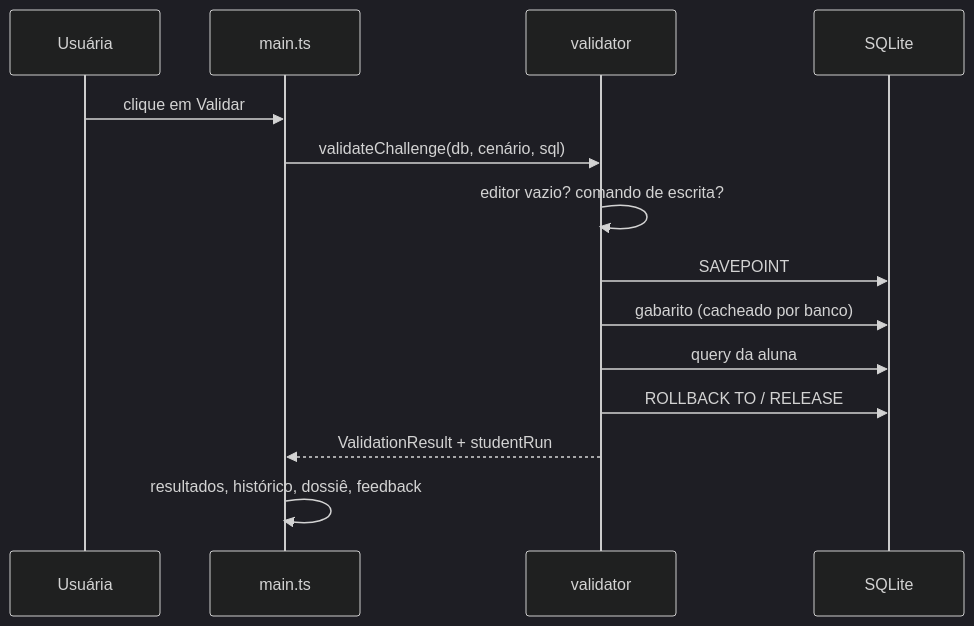
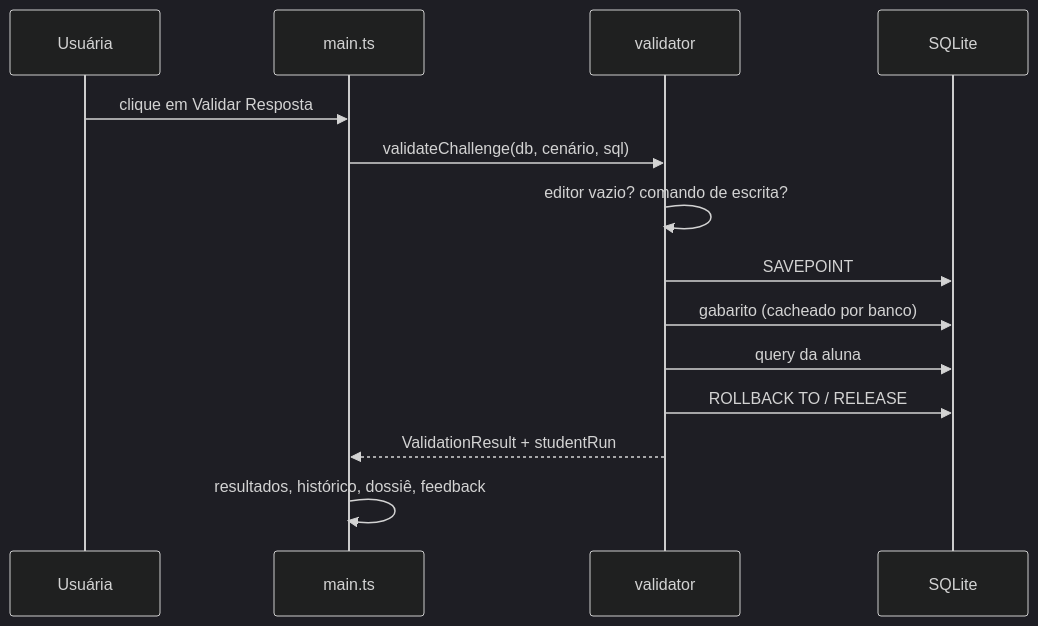
One commit to brunagai/keystone-sql changed the second of 3 diagrams in docs/DOCUMENTACAO_TECNICA.md. Above: the diagram before and after it, drawn with Mermaid (dark theme). The commit also changed other lines of this file and 14 other files, not shown here.

````diff
--- a/docs/DOCUMENTACAO_TECNICA.md
+++ b/docs/DOCUMENTACAO_TECNICA.md
@@ -153,16 +156,16 @@
 ```mermaid
 sequenceDiagram
   participant U as Usuária
   participant M as main.ts
   participant V as validator
   participant DB as SQLite
-  U->>M: clique em Validar
+  U->>M: clique em Validar Resposta
   M->>V: validateChallenge(db, cenário, sql)
   V->>V: editor vazio? comando de escrita?
   V->>DB: SAVEPOINT
   V->>DB: gabarito (cacheado por banco)
   V->>DB: query da aluna
   V->>DB: ROLLBACK TO / RELEASE
   V-->>M: ValidationResult + studentRun
   M->>M: resultados, histórico, dossiê, feedback
 ```
````
